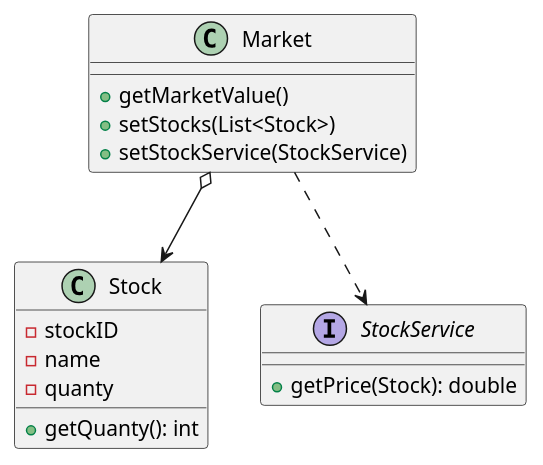
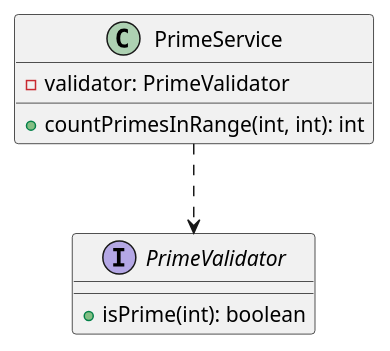
One commit to nlhsueh/teach_SQA changed the diagram in Lecture/ch07_integration.md. Above: the diagram before and after it, drawn with PlantUML. The commit also changed other lines of this file and 93 other files, not shown here.

````diff
--- a/Lecture/ch07_integration.md
+++ b/Lecture/ch07_integration.md
@@ -145,22 +303,12 @@
 ```plantuml
-class Stock{
-    - stockID
-    - name
-    - quanty
-    + getQuanty(): int
+interface PrimeValidator {
+    + isPrime(int): boolean
 }
 
-interface StockService {
-    + getPrice(Stock): double
+class PrimeService {
+    - validator: PrimeValidator
+    + countPrimesInRange(int, int): int
 }
 
-class Market {
-    + getMarketValue()
-    + setStocks(List<Stock>)
-    + setStockService(StockService)
-}
-
-Market o-->  Stock
-Market ..> StockService
-
+PrimeService ..> PrimeValidator
 ```
````
